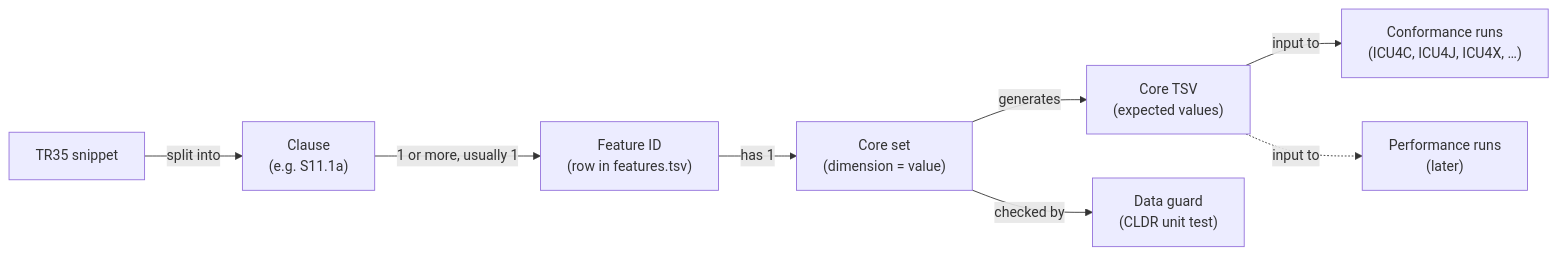
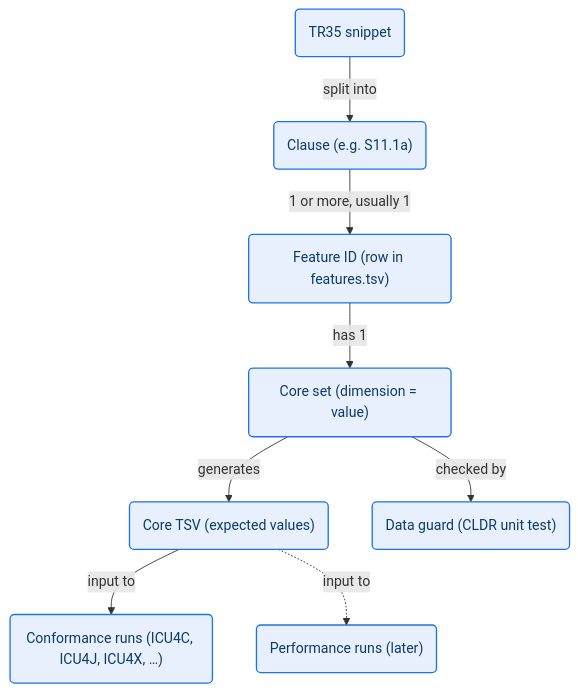
Before and after one commit to unicode-org/cldr: the diagram in docs/site/development/development-process/design-proposals/feature-based-test-generation.md, drawn with Mermaid.

Commit message:
CLDR-19466 Use top-down layout and rounded blue nodes in mermaid diagram

````diff
--- a/docs/site/development/development-process/design-proposals/feature-based-test-generation.md
+++ b/docs/site/development/development-process/design-proposals/feature-based-test-generation.md
@@ -48,10 +48,13 @@
 ```mermaid
-flowchart LR
-  snippet["TR35 snippet"] -->|split into| clause["Clause<br>(e.g. S11.1a)"]
-  clause -->|1 or more, usually 1| feature["Feature ID<br>(row in features.tsv)"]
-  feature -->|has 1| coreset["Core set<br>(dimension = value)"]
-  coreset -->|generates| tsv["Core TSV<br>(expected values)"]
-  coreset -->|checked by| guard["Data guard<br>(CLDR unit test)"]
-  tsv -->|input to| conf["Conformance runs<br>(ICU4C, ICU4J, ICU4X, …)"]
-  tsv -.->|input to| perf["Performance runs<br>(later)"]
+flowchart TD
+  snippet("TR35 snippet") -->|split into| clause("Clause (e.g. S11.1a)")
+  clause -->|1 or more, usually 1| feature("Feature ID (row in features.tsv)")
+  feature -->|has 1| coreset("Core set (dimension = value)")
+  coreset -->|generates| tsv("Core TSV (expected values)")
+  coreset -->|checked by| guard("Data guard (CLDR unit test)")
+  tsv -->|input to| conf("Conformance runs (ICU4C, ICU4J, ICU4X, …)")
+  tsv -.->|input to| perf("Performance runs (later)")
+
+  classDef nodeBox fill:#e8f0fe,stroke:#1a73e8,stroke-width:1.5px,color:#0d3b66;
+  class snippet,clause,feature,coreset,tsv,guard,conf,perf nodeBox;
 ```
````
